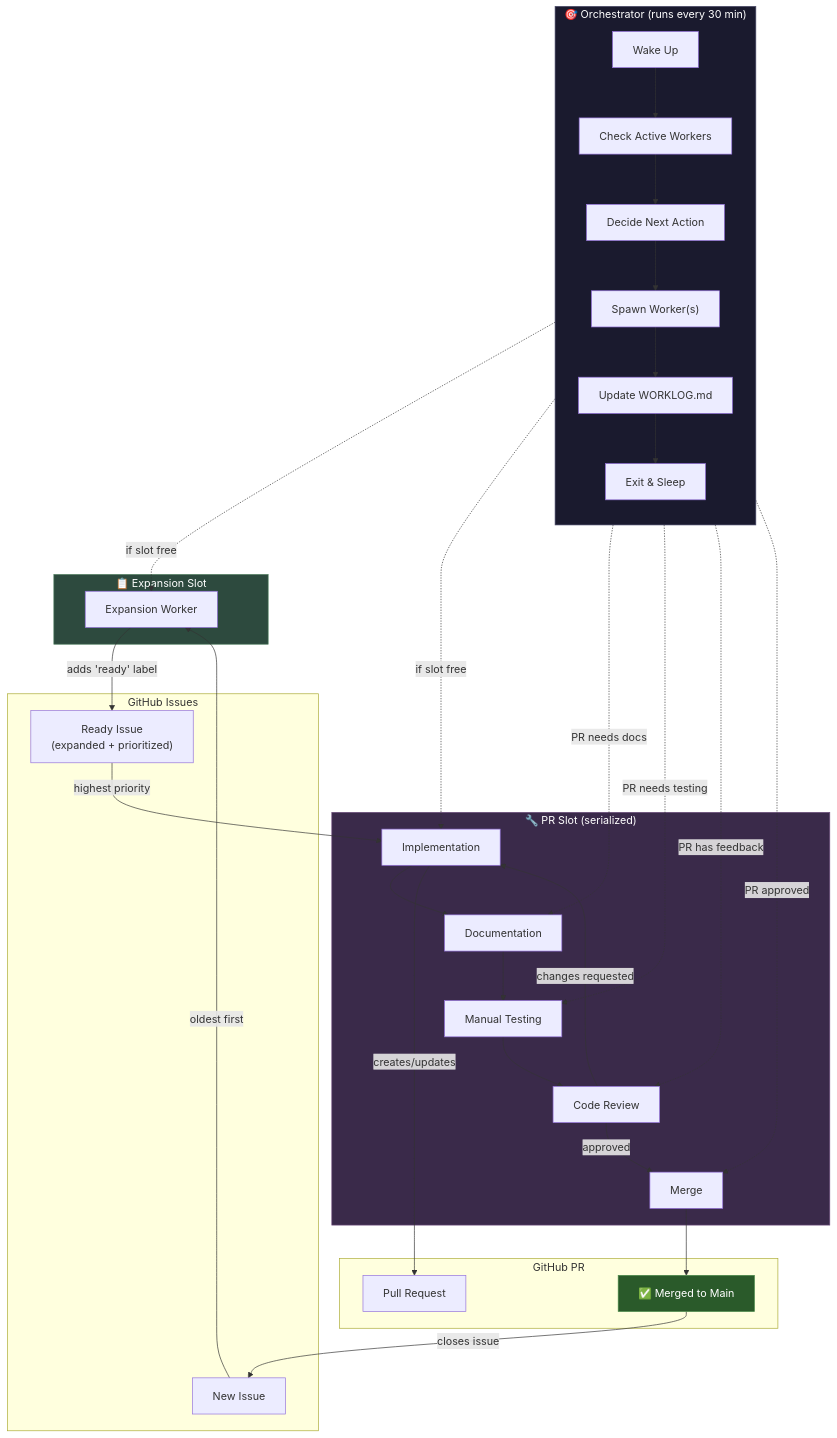
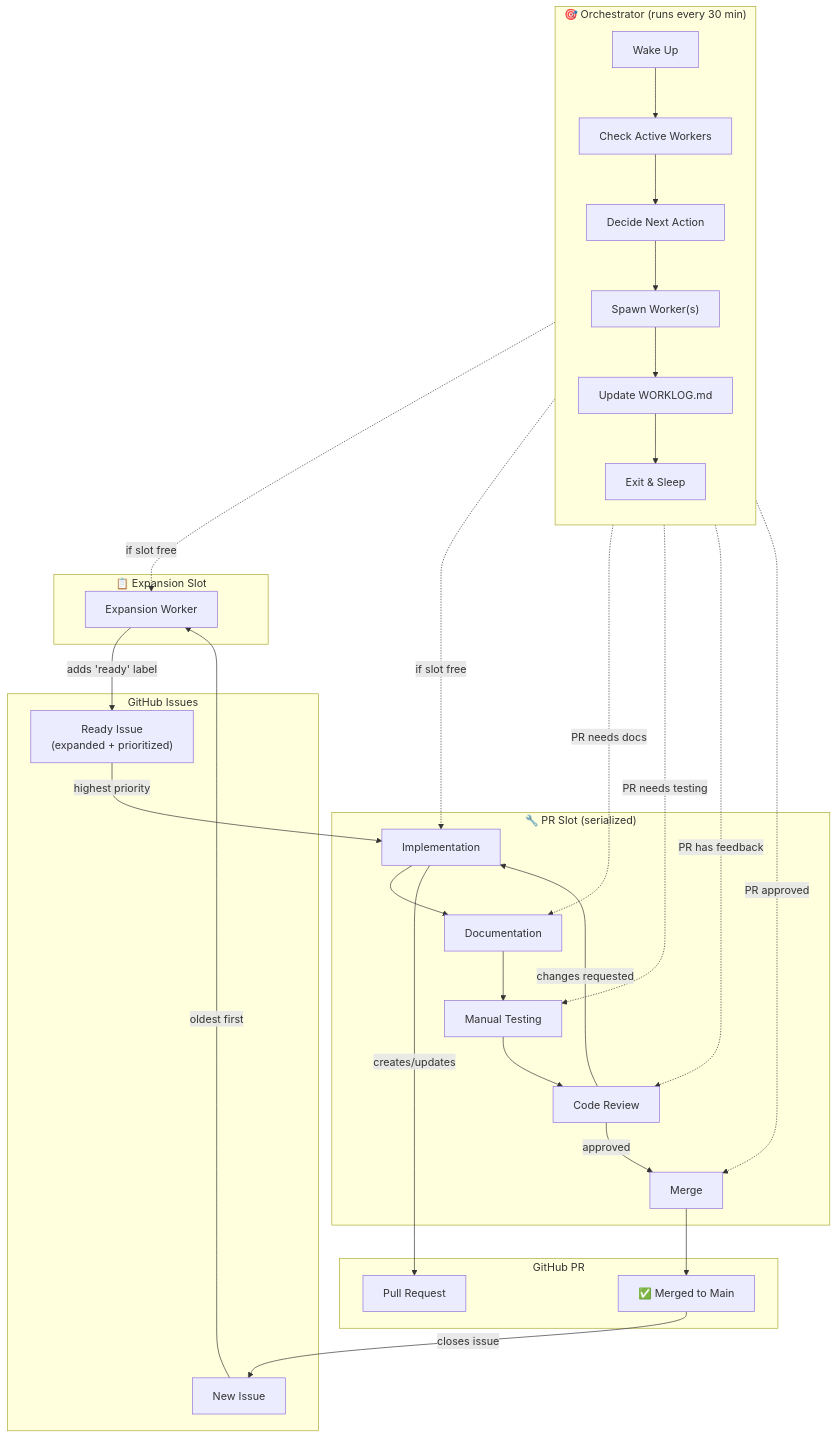
One commit to jpshackelford/.openhands changed the first of 3 diagrams in plugins/ohtv-workflow/README.md. Above: the diagram before and after it, drawn with Mermaid.

Commit message:
fix: remove dark background colors from Mermaid diagram
Let Mermaid use default styling for better visibility in light/dark modes

````diff
--- a/plugins/ohtv-workflow/README.md
+++ b/plugins/ohtv-workflow/README.md
@@ -7,61 +7,56 @@
 ```mermaid
 flowchart TB
     subgraph Orchestrator["🎯 Orchestrator (runs every 30 min)"]
         direction TB
         wake["Wake Up"]
         check["Check Active Workers"]
         decide["Decide Next Action"]
         spawn["Spawn Worker(s)"]
         log["Update WORKLOG.md"]
         sleep["Exit & Sleep"]
         
         wake --> check --> decide --> spawn --> log --> sleep
     end
 
     subgraph ExpansionSlot["📋 Expansion Slot"]
         expand["Expansion Worker"]
     end
 
     subgraph PRSlot["🔧 PR Slot (serialized)"]
         impl["Implementation"]
         docs["Documentation"]
         test["Manual Testing"]
         review["Code Review"]
         merge["Merge"]
         
         impl --> docs --> test --> review
         review -->|"changes requested"| impl
         review -->|"approved"| merge
     end
 
     subgraph Issues["GitHub Issues"]
         new["New Issue"]
         ready["Ready Issue<br/>(expanded + prioritized)"]
     end
 
     subgraph PRState["GitHub PR"]
         pr["Pull Request"]
         main["✅ Merged to Main"]
     end
 
     %% Flow connections
     new -->|"oldest first"| expand
     expand -->|"adds 'ready' label"| ready
     ready -->|"highest priority"| impl
     impl -->|"creates/updates"| pr
     merge --> main
     main -->|"closes issue"| new
 
     %% Orchestrator dispatches workers
     decide -.->|"if slot free"| expand
     decide -.->|"if slot free"| impl
     decide -.->|"PR needs docs"| docs
     decide -.->|"PR needs testing"| test
     decide -.->|"PR has feedback"| review
     decide -.->|"PR approved"| merge
-
-    style Orchestrator fill:#1a1a2e,stroke:#4a4a6a,color:#fff
-    style ExpansionSlot fill:#2d4a3e,stroke:#4a7a5a,color:#fff
-    style PRSlot fill:#3a2a4a,stroke:#6a4a7a,color:#fff
-    style main fill:#2a5a2a,stroke:#4a8a4a,color:#fff
 ```
````
